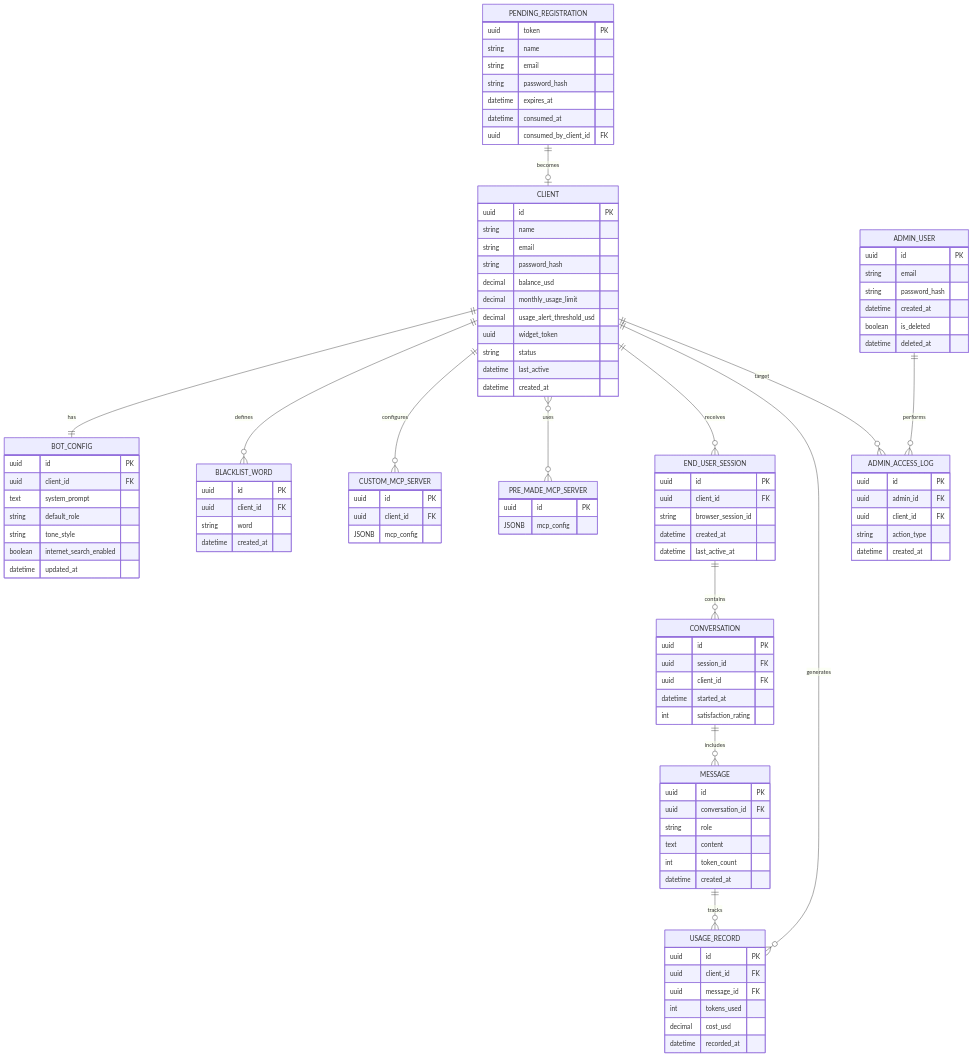
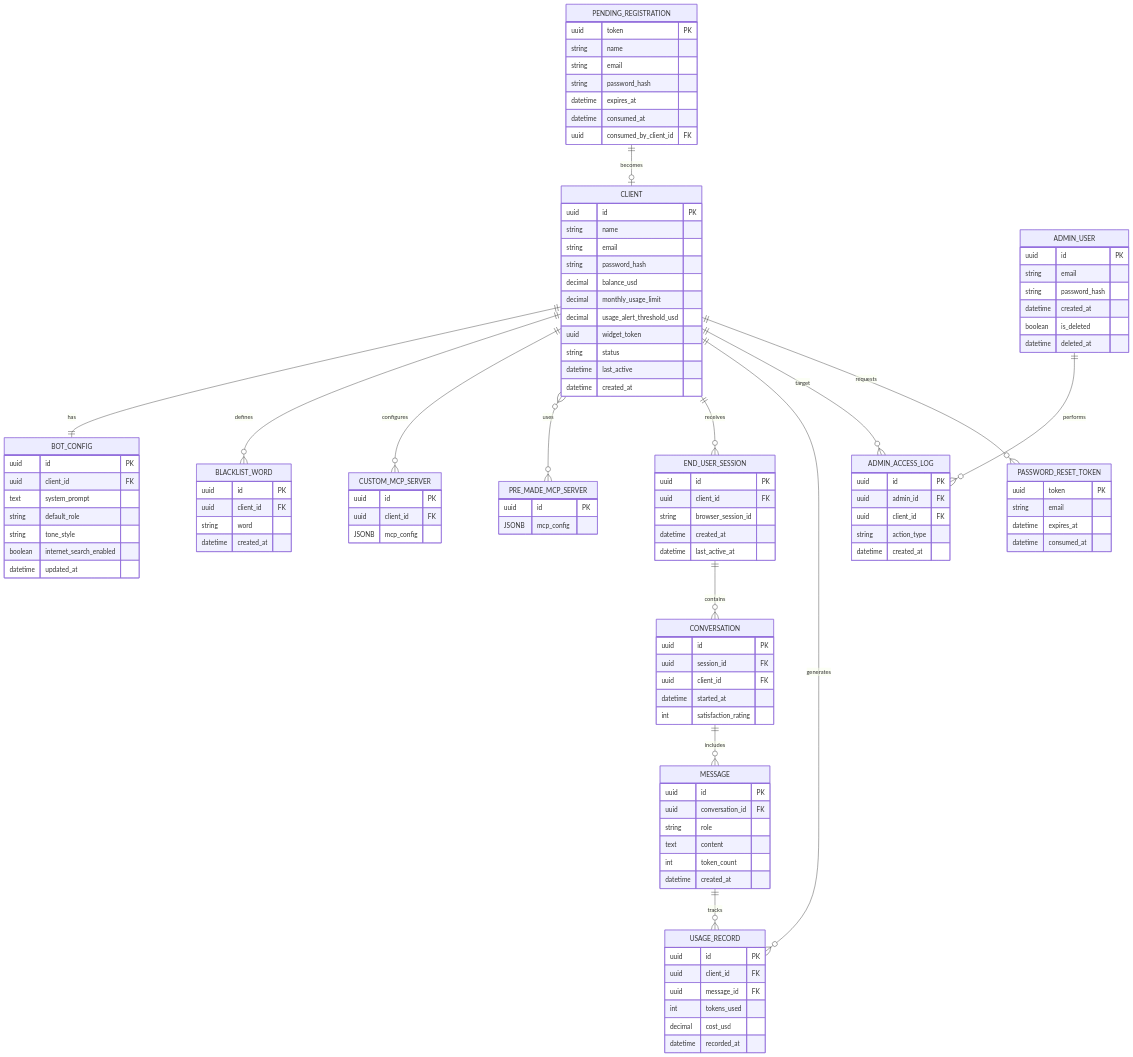
The diagram in docs/architecture/ERD/main-mermaid.md (Talqo/talqo-platform), drawn with Mermaid before and after one commit.

Commit message:
docs: add PASSWORD_RESET_TOKEN to ERD diagram

````diff
--- a/docs/architecture/ERD/main-mermaid.md
+++ b/docs/architecture/ERD/main-mermaid.md
@@ -104,6 +104,13 @@
         uuid consumed_by_client_id FK
     }
 
+    PASSWORD_RESET_TOKEN {
+        uuid token PK
+        string email
+        datetime expires_at
+        datetime consumed_at
+    }
+
     CLIENT ||--|| BOT_CONFIG : has
     CLIENT ||--o{ BLACKLIST_WORD : defines
     CLIENT ||--o{ CUSTOM_MCP_SERVER : configures
@@ -118,5 +125,6 @@
     ADMIN_USER ||--o{ ADMIN_ACCESS_LOG : performs
     CLIENT ||--o{ ADMIN_ACCESS_LOG : target
     PENDING_REGISTRATION ||--o| CLIENT : becomes
+    CLIENT ||--o{ PASSWORD_RESET_TOKEN : "requests"
 
 ```
````
